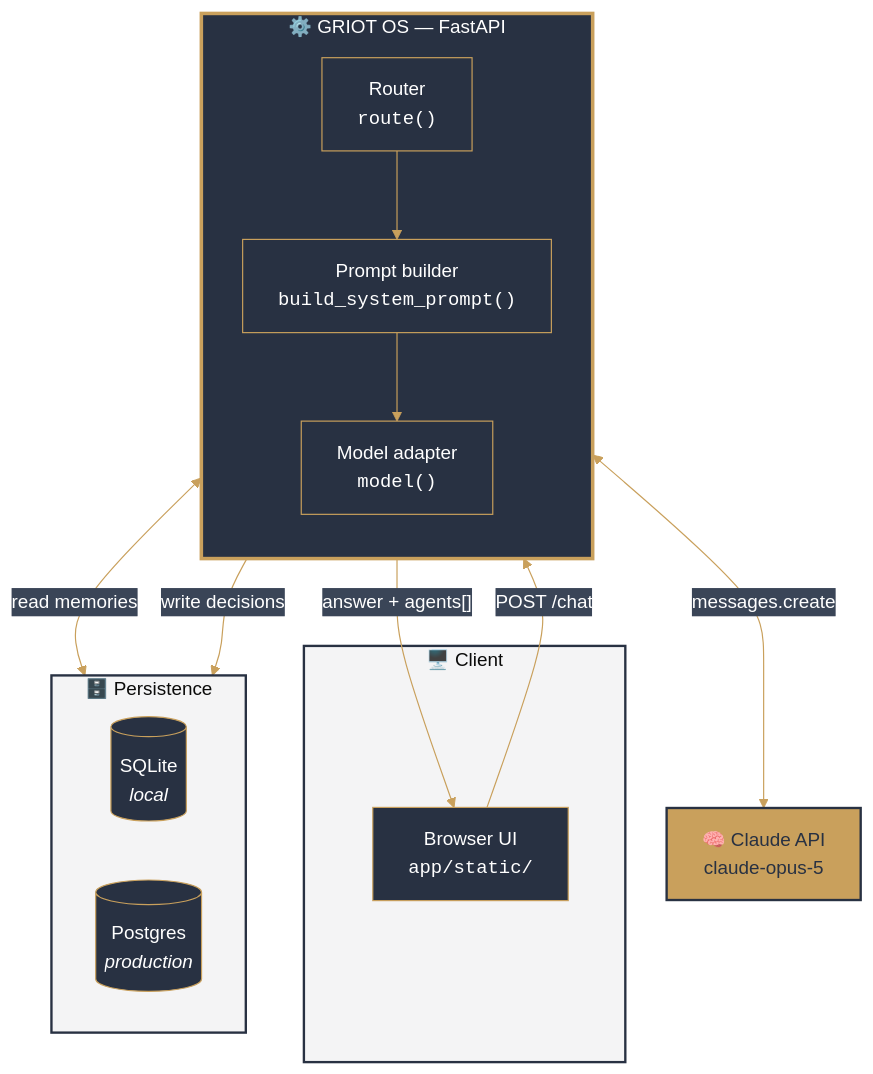
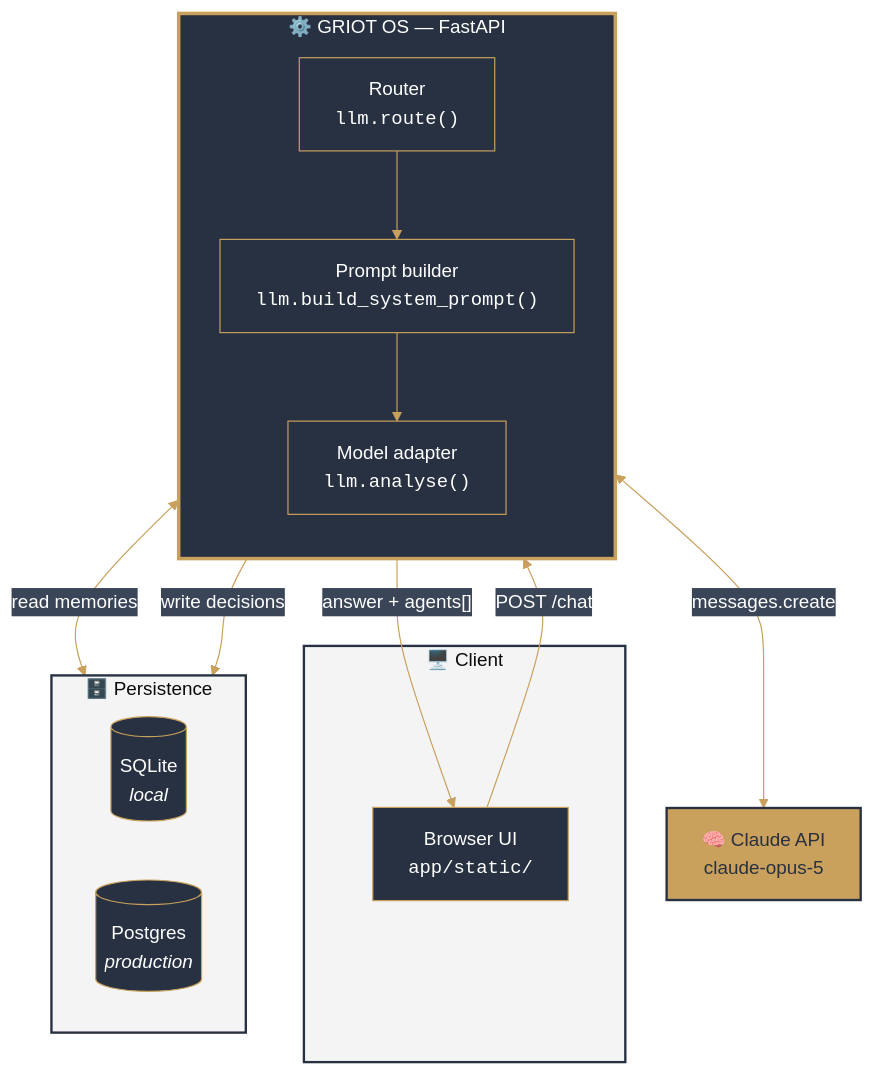
Before and after one commit to SpeakPower-commits/claude-central-agent: the first of 6 diagrams in README.md, drawn with Mermaid. The commit also changed other lines of this file and 1 other file, not shown here.

````diff
--- a/README.md
+++ b/README.md
@@ -63,34 +63,34 @@
 ```mermaid
 %%{init: {'theme':'base','themeVariables':{'primaryColor':'#283142','primaryTextColor':'#ffffff','primaryBorderColor':'#C9A05C','lineColor':'#C9A05C','secondaryColor':'#3a4557','tertiaryColor':'#f4f4f5','fontFamily':'ui-sans-serif, system-ui, sans-serif'}}}%%
 flowchart TB
     subgraph client["🖥️  Client"]
         UI["Browser UI<br/><code>app/static/</code>"]
     end
 
     subgraph api["⚙️  GRIOT OS — FastAPI"]
         direction TB
-        R["Router<br/><code>route()</code>"]
-        P["Prompt builder<br/><code>build_system_prompt()</code>"]
-        M["Model adapter<br/><code>model()</code>"]
+        R["Router<br/><code>llm.route()</code>"]
+        P["Prompt builder<br/><code>llm.build_system_prompt()</code>"]
+        M["Model adapter<br/><code>llm.analyse()</code>"]
         R --> P --> M
     end
 
     subgraph store["🗄️  Persistence"]
         direction LR
         SQ[("SQLite<br/><i>local</i>")]
         PG[("Postgres<br/><i>production</i>")]
     end
 
     LLM["🧠 Claude API<br/>claude-opus-5"]
 
     UI -->|"POST /chat"| R
     P <-->|"read memories"| store
     M -->|"write decisions"| store
     M <-->|"messages.create"| LLM
     M -->|"answer + agents[]"| UI
 
     style client fill:#f4f4f5,stroke:#283142,stroke-width:2px
     style api fill:#283142,stroke:#C9A05C,stroke-width:3px,color:#fff
     style store fill:#f4f4f5,stroke:#283142,stroke-width:2px
     style LLM fill:#C9A05C,stroke:#283142,stroke-width:2px,color:#283142
 ```
````
